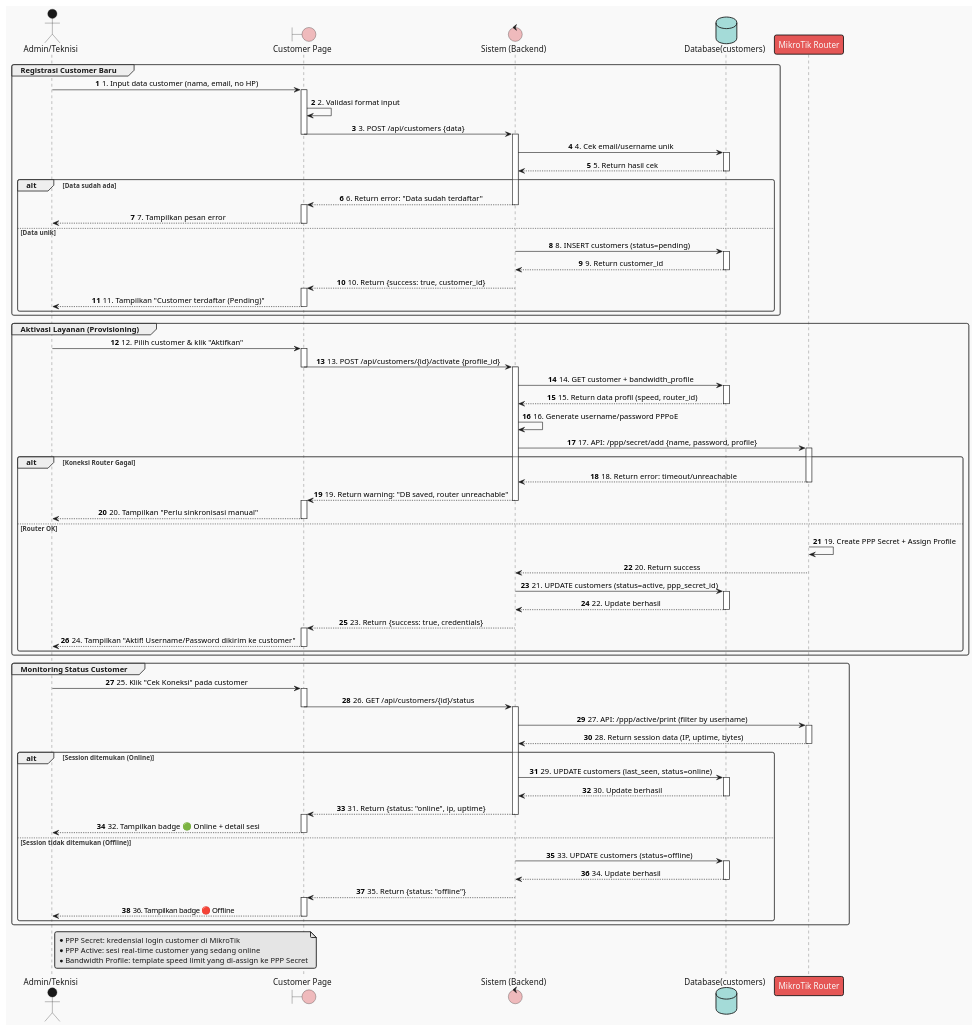
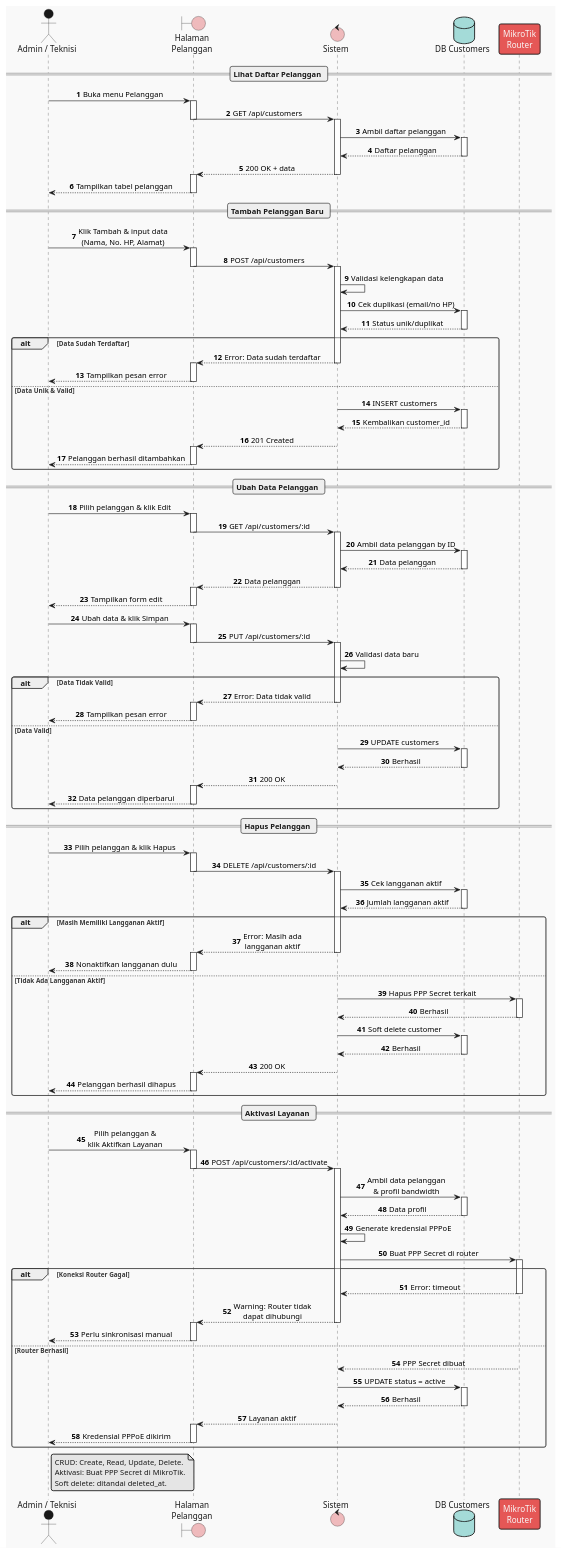
Before and after one commit to quiqxiq/mikmongo: the diagram in diagram/sequence/03_manajemen_customer.puml, drawn with PlantUML. The commit also changed 31 other files, not shown here.

```diff
--- a/diagram/sequence/03_manajemen_customer.puml
+++ b/diagram/sequence/03_manajemen_customer.puml
@@ -1,131 +1,193 @@
 @startuml
 !theme mars
 autonumber
 skinparam sequenceMessageAlign center
 
-' Definisi Partisipan
-actor "Admin/Teknisi" as User
-boundary "Customer Page" as UI
-control "Sistem (Backend)" as System
-database "Database(customers)" as DB
-participant "MikroTik Router" as MT
+actor "Admin / Teknisi" as User
+boundary "Halaman\nPelanggan" as UI
+control "Sistem" as System
+database "DB Customers" as DB
+participant "MikroTik\nRouter" as MT
 
-' ================= FLOW 1: REGISTER CUSTOMER =================
-group Registrasi Customer Baru
-    User -> UI : 1. Input data customer (nama, email, no HP)
+== Lihat Daftar Pelanggan ==
+
+User -> UI : Buka menu Pelanggan
+activate UI
+UI -> System : GET /api/customers
+deactivate UI
+activate System
+
+System -> DB : Ambil daftar pelanggan
+activate DB
+DB --> System : Daftar pelanggan
+deactivate DB
+
+System --> UI : 200 OK + data
+deactivate System
+activate UI
+UI --> User : Tampilkan tabel pelanggan
+deactivate UI
+
+== Tambah Pelanggan Baru ==
+
+User -> UI : Klik Tambah & input data\n(Nama, No. HP, Alamat)
+activate UI
+UI -> System : POST /api/customers
+deactivate UI
+activate System
+
+System -> System : Validasi kelengkapan data
+System -> DB : Cek duplikasi (email/no HP)
+activate DB
+DB --> System : Status unik/duplikat
+deactivate DB
+
+alt Data Sudah Terdaftar
+    System --> UI : Error: Data sudah terdaftar
+    deactivate System
     activate UI
-    UI -> UI : 2. Validasi format input
-    UI -> System : 3. POST /api/customers {data}
+    UI --> User : Tampilkan pesan error
     deactivate UI
-    activate System
-    
-    System -> DB : 4. Cek email/username unik
+else Data Unik & Valid
+    System -> DB : INSERT customers
     activate DB
-    DB --> System : 5. Return hasil cek
+    DB --> System : Kembalikan customer_id
     deactivate DB
-    
-    alt Data sudah ada
-        System --> UI : 6. Return error: "Data sudah terdaftar"
-        deactivate System
-        activate UI
-        UI --> User : 7. Tampilkan pesan error
-        deactivate UI
-    else Data unik
-        System -> DB : 8. INSERT customers (status=pending)
-        activate DB
-        DB --> System : 9. Return customer_id
-        deactivate DB
-        System --> UI : 10. Return {success: true, customer_id}
-        deactivate System
-        activate UI
-        UI --> User : 11. Tampilkan "Customer terdaftar (Pending)"
-        deactivate UI
-    end
+
+    System --> UI : 201 Created
+    deactivate System
+    activate UI
+    UI --> User : Pelanggan berhasil ditambahkan
+    deactivate UI
 end
 
-' ================= FLOW 2: AKTIVASI & PROVISIONING PPP SECRET =================
-group Aktivasi Layanan (Provisioning)
-    User -> UI : 12. Pilih customer & klik "Aktifkan"
+== Ubah Data Pelanggan ==
+
+User -> UI : Pilih pelanggan & klik Edit
+activate UI
+UI -> System : GET /api/customers/:id
+deactivate UI
+activate System
+
+System -> DB : Ambil data pelanggan by ID
+activate DB
+DB --> System : Data pelanggan
+deactivate DB
+
+System --> UI : Data pelanggan
+deactivate System
+activate UI
+UI --> User : Tampilkan form edit
+deactivate UI
+
+User -> UI : Ubah data & klik Simpan
+activate UI
+UI -> System : PUT /api/customers/:id
+deactivate UI
+activate System
+
+System -> System : Validasi data baru
+alt Data Tidak Valid
+    System --> UI : Error: Data tidak valid
+    deactivate System
     activate UI
-    UI -> System : 13. POST /api/customers/{id}/activate {profile_id}
+    UI --> User : Tampilkan pesan error
     deactivate UI
-    activate System
-    
-    System -> DB : 14. GET customer + bandwidth_profile
+else Data Valid
+    System -> DB : UPDATE customers
     activate DB
-    DB --> System : 15. Return data profil (speed, router_id)
+    DB --> System : Berhasil
     deactivate DB
-    
-    System -> System : 16. Generate username/password PPPoE
-    System -> MT : 17. API: /ppp/secret/add {name, password, profile}
-    activate MT
-    
-    alt Koneksi Router Gagal
-        MT --> System : 18. Return error: timeout/unreachable
-        deactivate MT
-        System --> UI : 19. Return warning: "DB saved, router unreachable"
-        deactivate System
-        activate UI
-        UI --> User : 20. Tampilkan "Perlu sinkronisasi manual"
-        deactivate UI
-    else Router OK
-        MT -> MT : 19. Create PPP Secret + Assign Profile
-        MT --> System : 20. Return success
-        deactivate MT
-        
-        System -> DB : 21. UPDATE customers (status=active, ppp_secret_id)
-        activate DB
-        DB --> System : 22. Update berhasil
-        deactivate DB
-        
-        System --> UI : 23. Return {success: true, credentials}
-        deactivate System
-        activate UI
-        UI --> User : 24. Tampilkan "Aktif! Username/Password dikirim ke customer"
-        deactivate UI
-    end
+
+    System --> UI : 200 OK
+    deactivate System
+    activate UI
+    UI --> User : Data pelanggan diperbarui
+    deactivate UI
 end
 
-' ================= FLOW 3: CEK STATUS ONLINE (PPP ACTIVE) =================
-group Monitoring Status Customer
-    User -> UI : 25. Klik "Cek Koneksi" pada customer
+== Hapus Pelanggan ==
+
+User -> UI : Pilih pelanggan & klik Hapus
+activate UI
+UI -> System : DELETE /api/customers/:id
+deactivate UI
+activate System
+
+System -> DB : Cek langganan aktif
+activate DB
+DB --> System : Jumlah langganan aktif
+deactivate DB
+
+alt Masih Memiliki Langganan Aktif
+    System --> UI : Error: Masih ada\nlangganan aktif
+    deactivate System
     activate UI
-    UI -> System : 26. GET /api/customers/{id}/status
+    UI --> User : Nonaktifkan langganan dulu
     deactivate UI
-    activate System
-    
-    System -> MT : 27. API: /ppp/active/print (filter by username)
+else Tidak Ada Langganan Aktif
+    System -> MT : Hapus PPP Secret terkait
     activate MT
-    MT --> System : 28. Return session data (IP, uptime, bytes)
+    MT --> System : Berhasil
     deactivate MT
-    
-    alt Session ditemukan (Online)
-        System -> DB : 29. UPDATE customers (last_seen, status=online)
-        activate DB
-        DB --> System : 30. Update berhasil
-        deactivate DB
-        System --> UI : 31. Return {status: "online", ip, uptime}
-        deactivate System
-        activate UI
-        UI --> User : 32. Tampilkan badge 🟢 Online + detail sesi
-        deactivate UI
-    else Session tidak ditemukan (Offline)
-        System -> DB : 33. UPDATE customers (status=offline)
-        activate DB
-        DB --> System : 34. Update berhasil
-        deactivate DB
-        System --> UI : 35. Return {status: "offline"}
-        deactivate System
-        activate UI
-        UI --> User : 36. Tampilkan badge 🔴 Offline
-        deactivate UI
-    end
+
+    System -> DB : Soft delete customer
+    activate DB
+    DB --> System : Berhasil
+    deactivate DB
+
+    System --> UI : 200 OK
+    deactivate System
+    activate UI
+    UI --> User : Pelanggan berhasil dihapus
+    deactivate UI
+end
+
+== Aktivasi Layanan ==
+
+User -> UI : Pilih pelanggan &\nklik Aktifkan Layanan
+activate UI
+UI -> System : POST /api/customers/:id/activate
+deactivate UI
+activate System
+
+System -> DB : Ambil data pelanggan\n& profil bandwidth
+activate DB
+DB --> System : Data profil
+deactivate DB
+
+System -> System : Generate kredensial PPPoE
+System -> MT : Buat PPP Secret di router
+activate MT
+
+alt Koneksi Router Gagal
+    MT --> System : Error: timeout
+    deactivate MT
+    System --> UI : Warning: Router tidak\ndapat dihubungi
+    deactivate System
+    activate UI
+    UI --> User : Perlu sinkronisasi manual
+    deactivate UI
+else Router Berhasil
+    MT --> System : PPP Secret dibuat
+    deactivate MT
+
+    System -> DB : UPDATE status = active
+    activate DB
+    DB --> System : Berhasil
+    deactivate DB
+
+    System --> UI : Layanan aktif
+    deactivate System
+    activate UI
+    UI --> User : Kredensial PPPoE dikirim
+    deactivate UI
 end
 
 note right of User
-  * PPP Secret: kredensial login customer di MikroTik
-  * PPP Active: sesi real-time customer yang sedang online
-  * Bandwidth Profile: template speed limit yang di-assign ke PPP Secret
+  CRUD: Create, Read, Update, Delete.
+  Aktivasi: Buat PPP Secret di MikroTik.
+  Soft delete: ditandai deleted_at.
 end note
 
 @enduml
```
